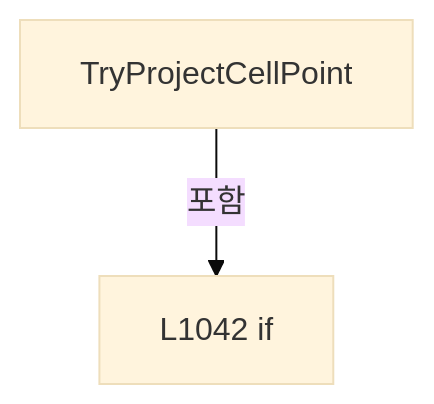
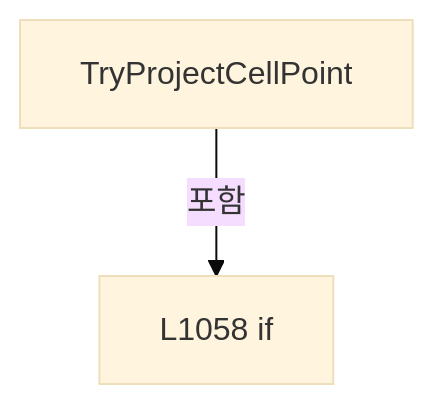
Before and after one commit to kjuws10-rgb/Shared: the sixth of 22 diagrams in A3 LD Code Ref/files/Drilling.UI/Menu/Menus/CReviewGlassPreviewBuilder.cs.md, drawn with Mermaid (base theme). The commit also changed other lines of this file and 2071 other files, not shown here.

Commit message:
docs(a3): update 11.19.0 architecture and code reference

````diff
--- a/A3 LD Code Ref/files/Drilling.UI/Menu/Menus/CReviewGlassPreviewBuilder.cs.md
+++ b/A3 LD Code Ref/files/Drilling.UI/Menu/Menus/CReviewGlassPreviewBuilder.cs.md
@@ -1681,6 +1696,6 @@
 ```mermaid
 flowchart TD
  M["TryProjectCellPoint"]
- N0["L1042 if"]
+ N0["L1058 if"]
  M -->|포함| N0
 ```
````
